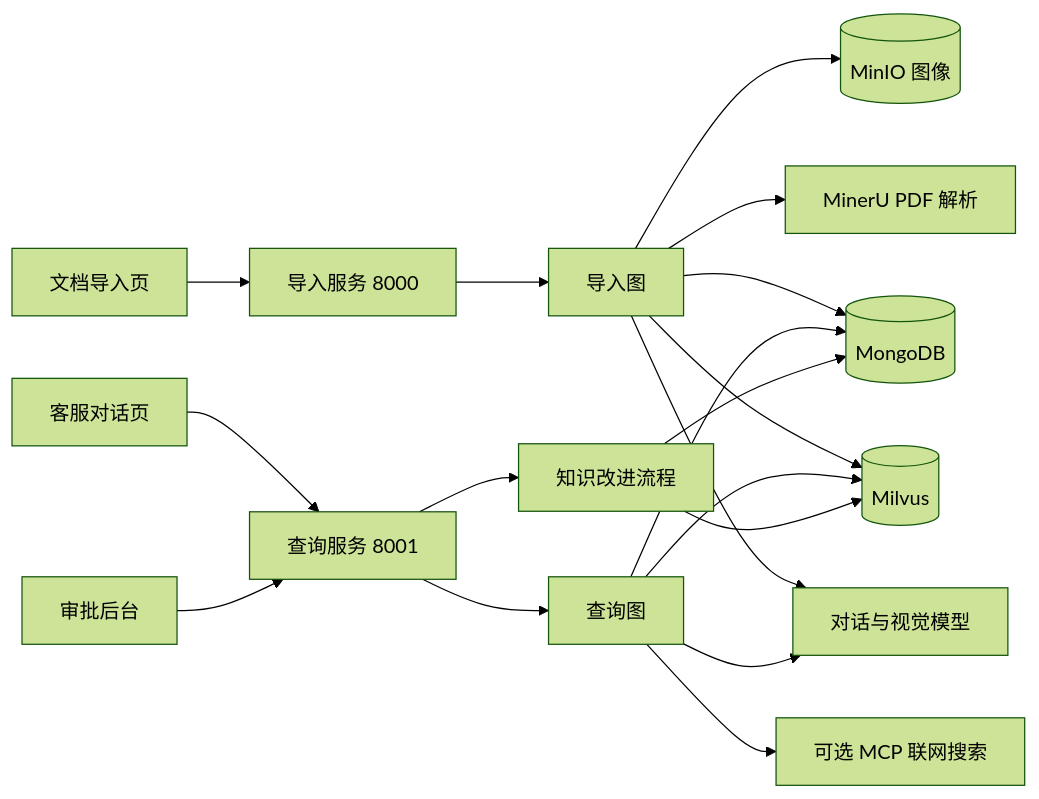
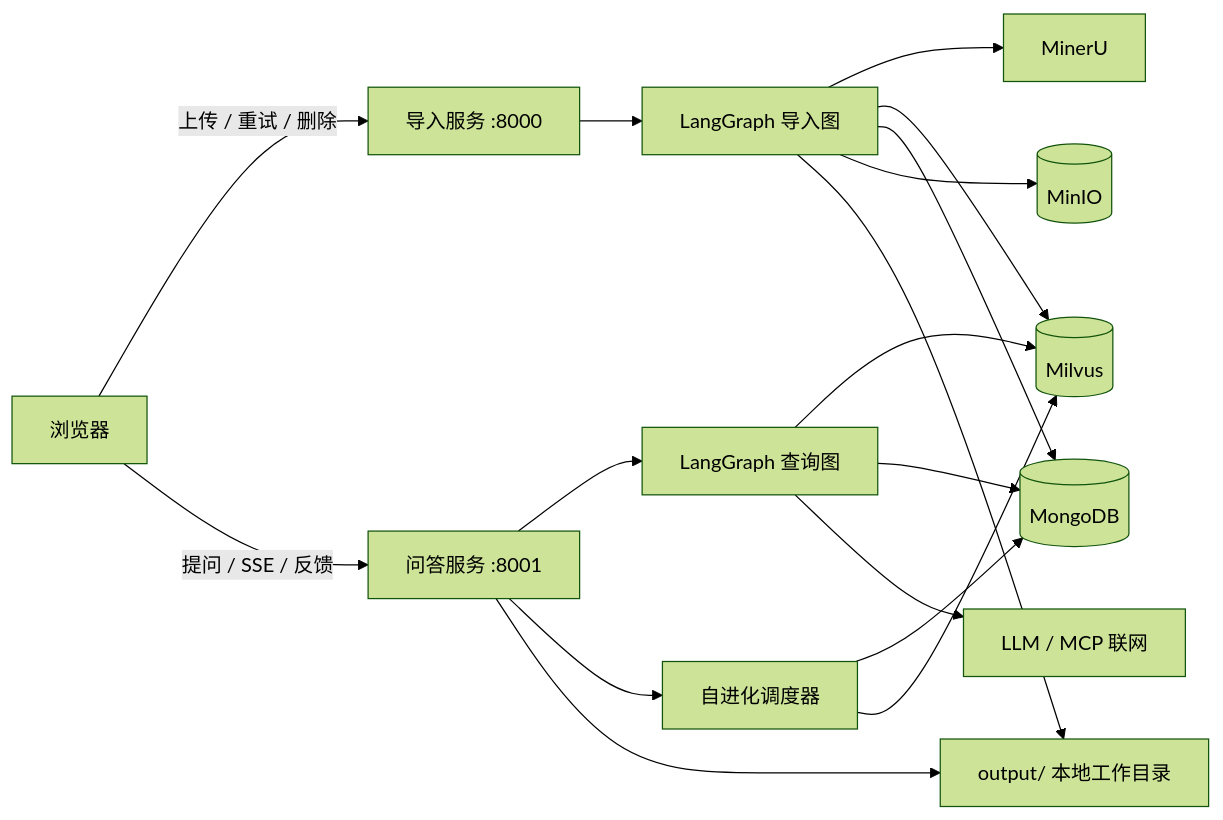
One commit to LZX842056112/se_rag changed the diagram in README.md. Above: the diagram before and after it, drawn with Mermaid (forest theme). The commit also changed other lines of this file and 3 other files, not shown here.

````diff
--- a/README.md
+++ b/README.md
@@ -32,20 +23,22 @@
 ```mermaid
 flowchart LR
-    ImportUI[文档导入页] --> ImportAPI[导入服务 8000]
-    ChatUI[客服对话页] --> QueryAPI[查询服务 8001]
-    AdminUI[审批后台] --> QueryAPI
-    ImportAPI --> ImportGraph[导入图]
-    QueryAPI --> QueryGraph[查询图]
-    QueryAPI --> Evolution[知识改进流程]
-    ImportGraph --> MinerU[MinerU PDF 解析]
-    ImportGraph --> Models[对话与视觉模型]
-    QueryGraph --> Models
-    ImportGraph --> Milvus[(Milvus)]
-    QueryGraph --> Milvus
-    Evolution --> Milvus
-    ImportGraph --> Mongo[(MongoDB)]
-    QueryGraph --> Mongo
-    Evolution --> Mongo
-    ImportGraph --> MinIO[(MinIO 图像)]
-    QueryGraph --> MCP[可选 MCP 联网搜索]
+    U[浏览器] -->|上传 / 重试 / 删除| IMP[导入服务 :8000]
+    U -->|提问 / SSE / 反馈| QRY[问答服务 :8001]
+
+    IMP --> IG[LangGraph 导入图]
+    IG --> MINERU[MinerU]
+    IG --> MV[(Milvus)]
+    IG --> MG[(MongoDB)]
+    IG --> MO[(MinIO)]
+
+    QRY --> QG[LangGraph 查询图]
+    QRY --> AP[自进化调度器]
+    QG --> MV
+    QG --> MG
+    QG --> LLM[LLM / MCP 联网]
+    AP --> MG
+    AP --> MV
+
+    IG --> OUT[output/ 本地工作目录]
+    QRY --> OUT
 ```
````
